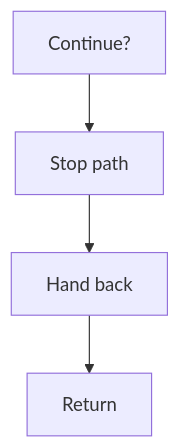
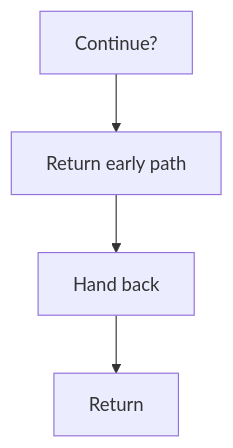
One commit to JohnAndrewBalbarosa/NeoTerritory changed the second of 2 diagrams in docs/Codebase/Microservice/Modules/Source/HashingMechanism/HashLinks/Collect/Flow/functions/collect_side_nodes.cpp.md. Above: the diagram before and after it, drawn with Mermaid. The commit also changed other lines of this file and 915 other files, not shown here.

````diff
--- a/docs/Codebase/Microservice/Modules/Source/HashingMechanism/HashLinks/Collect/Flow/functions/collect_side_nodes.cpp.md
+++ b/docs/Codebase/Microservice/Modules/Source/HashingMechanism/HashLinks/Collect/Flow/functions/collect_side_nodes.cpp.md
@@ -55,10 +55,10 @@
 ```mermaid
 flowchart TD
     N0["Continue?"]
-    N1["Stop path"]
+    N1["Return early path"]
     N2["Hand back"]
     N3["Return"]
     N0 --> N1
     N1 --> N2
     N2 --> N3
 ```
````
